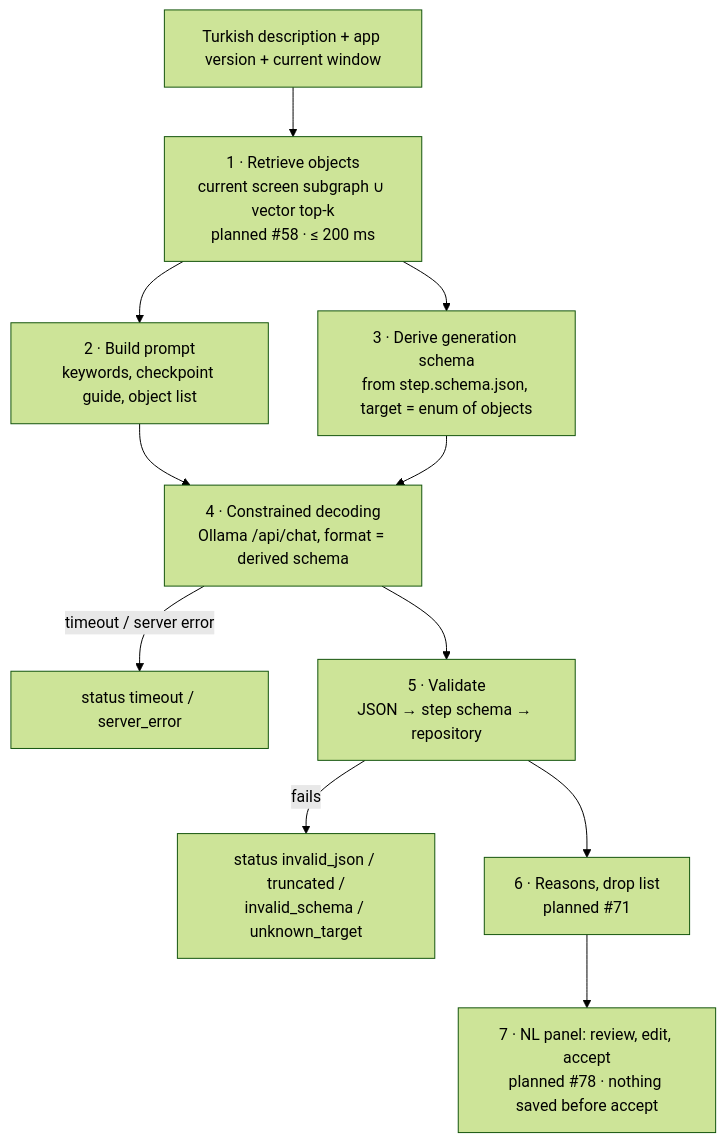
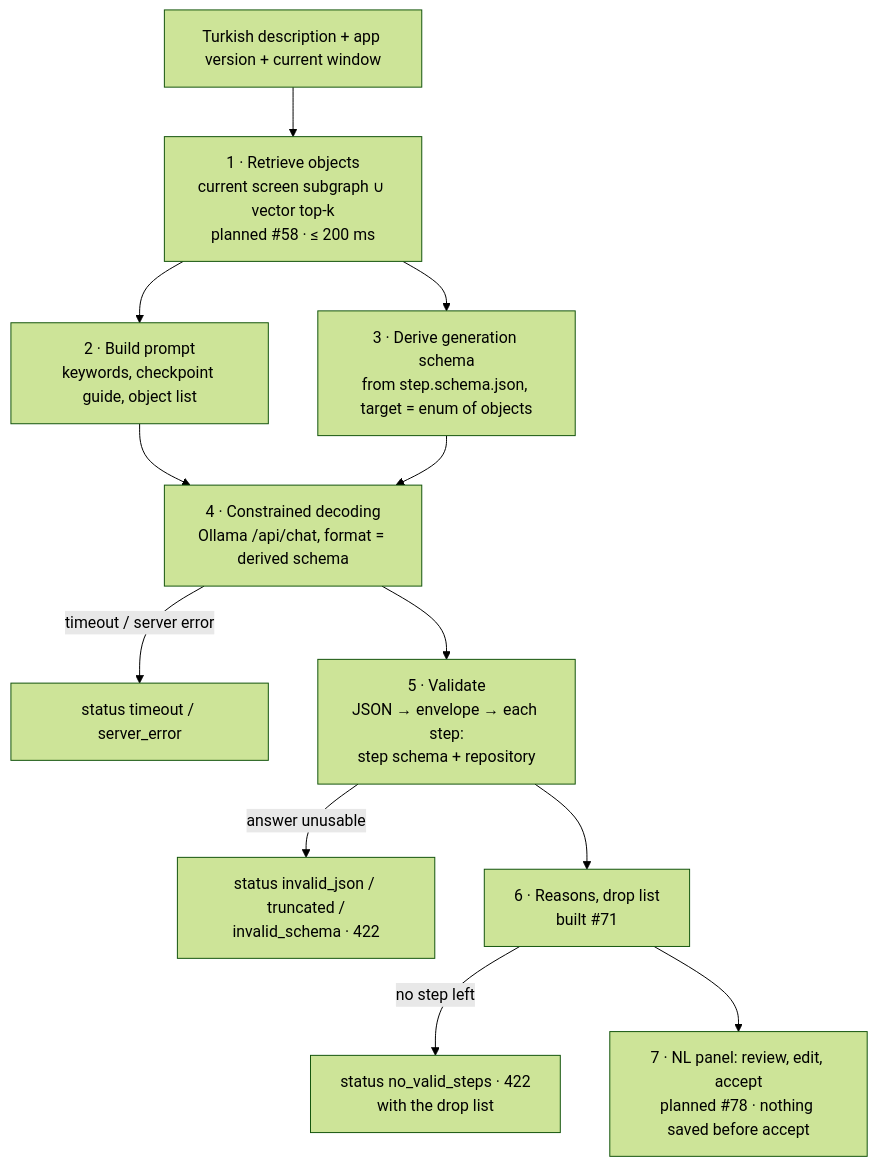
One commit to galipdg/AYNA changed the second of 3 diagrams in docs/sdd/SDD-ai.md. Above: the diagram before and after it, drawn with Mermaid (forest theme). The commit also changed other lines of this file and 1 other file, not shown here.

First line of the commit message:
docs(sdd): mark #71's reasons, drop list, no-match target and timeout built (#50)

````diff
--- a/docs/sdd/SDD-ai.md
+++ b/docs/sdd/SDD-ai.md
@@ -88,13 +90,14 @@
 ```mermaid
 flowchart TD
   T["Turkish description + app version + current window"] --> R["1 · Retrieve objects<br/>current screen subgraph ∪ vector top-k<br/>planned #58 · ≤ 200 ms"]
   R --> P["2 · Build prompt<br/>keywords, checkpoint guide, object list"]
   R --> D["3 · Derive generation schema<br/>from step.schema.json, target = enum of objects"]
   P --> G["4 · Constrained decoding<br/>Ollama /api/chat, format = derived schema"]
   D --> G
   G -->|timeout / server error| F1["status timeout / server_error"]
-  G --> V["5 · Validate<br/>JSON → step schema → repository"]
-  V -->|fails| F2["status invalid_json / truncated /<br/>invalid_schema / unknown_target"]
-  V --> X["6 · Reasons, drop list<br/>planned #71"]
+  G --> V["5 · Validate<br/>JSON → envelope → each step:<br/>step schema + repository"]
+  V -->|answer unusable| F2["status invalid_json / truncated /<br/>invalid_schema · 422"]
+  V --> X["6 · Reasons, drop list<br/>built #71"]
+  X -->|no step left| F3["status no_valid_steps · 422<br/>with the drop list"]
   X --> U["7 · NL panel: review, edit, accept<br/>planned #78 · nothing saved before accept"]
 ```
````
